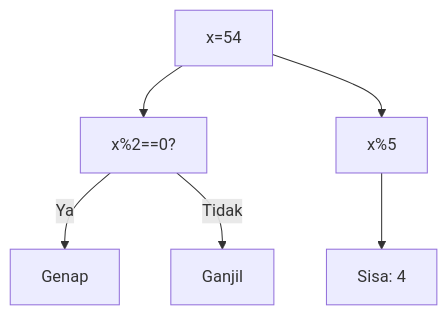
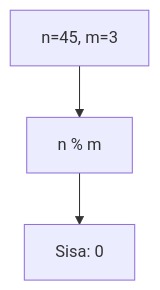
Before and after one commit to amnahwaida/OSNK_INF_PREP: the sixth of 25 diagrams in part-c-pemahaman-cpp/01-tipe-data/latihan/set-06.md, drawn with Mermaid. The commit also changed other lines of this file and 71 other files, not shown here.

````diff
--- a/part-c-pemahaman-cpp/01-tipe-data/latihan/set-06.md
+++ b/part-c-pemahaman-cpp/01-tipe-data/latihan/set-06.md
@@ -151,8 +157,5 @@
 ```mermaid
 graph TD
-A["x=54"] --> B["x%2==0?"]
-B -- Ya --> C["Genap"]
-B -- Tidak --> D["Ganjil"]
-A --> E["x%5"]
-E --> F["Sisa: 4"]
+A["n=45, m=3"] --> B["n % m"]
+B --> C["Sisa: 0"]
 ```
````
